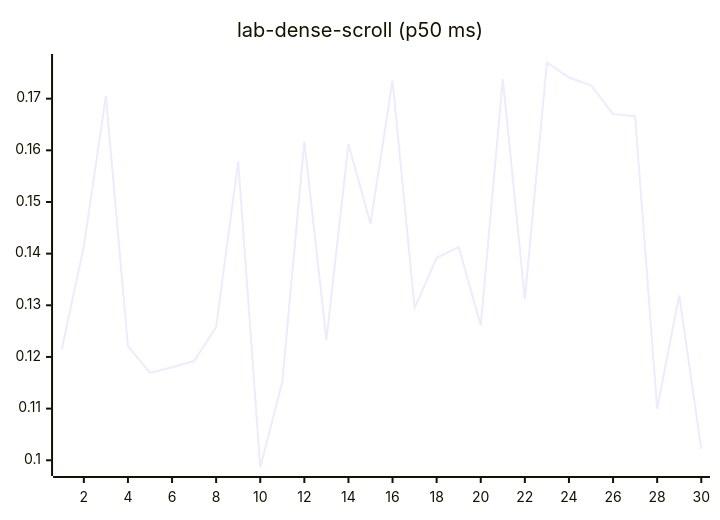
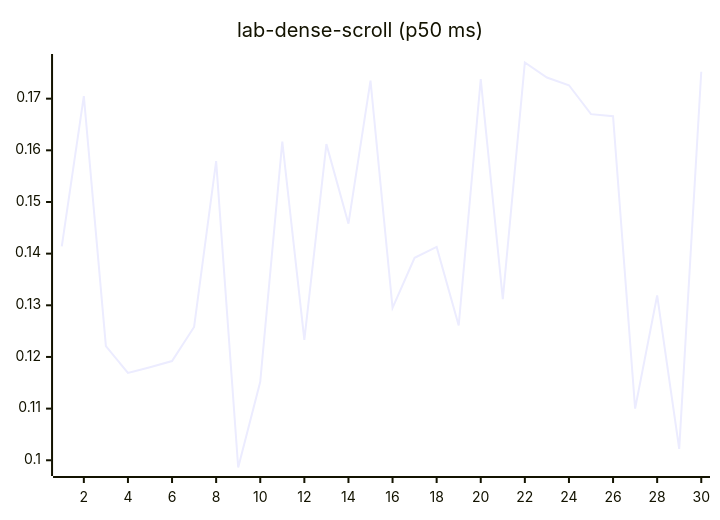
One commit to josha/Facet changed diagram 12 of 27 in README.md. Above: the diagram before and after it, drawn with Mermaid. The commit also changed other lines of this file and 2 other files, not shown here.

````diff
--- a/README.md
+++ b/README.md
@@ -140,6 +140,6 @@
 ```mermaid
 xychart-beta
     title "lab-dense-scroll (p50 ms)"
     x-axis 1 --> 30
-    line [0.1215, 0.1414, 0.1705, 0.1221, 0.1169, 0.1180, 0.1192, 0.1258, 0.1579, 0.0986, 0.1152, 0.1617, 0.1233, 0.1612, 0.1458, 0.1735, 0.1295, 0.1392, 0.1413, 0.1261, 0.1738, 0.1312, 0.1770, 0.1741, 0.1726, 0.1670, 0.1666, 0.1100, 0.1319, 0.1022]
+    line [0.1414, 0.1705, 0.1221, 0.1169, 0.1180, 0.1192, 0.1258, 0.1579, 0.0986, 0.1152, 0.1617, 0.1233, 0.1612, 0.1458, 0.1735, 0.1295, 0.1392, 0.1413, 0.1261, 0.1738, 0.1312, 0.1770, 0.1741, 0.1726, 0.1670, 0.1666, 0.1100, 0.1319, 0.1022, 0.1752]
 ```
````
